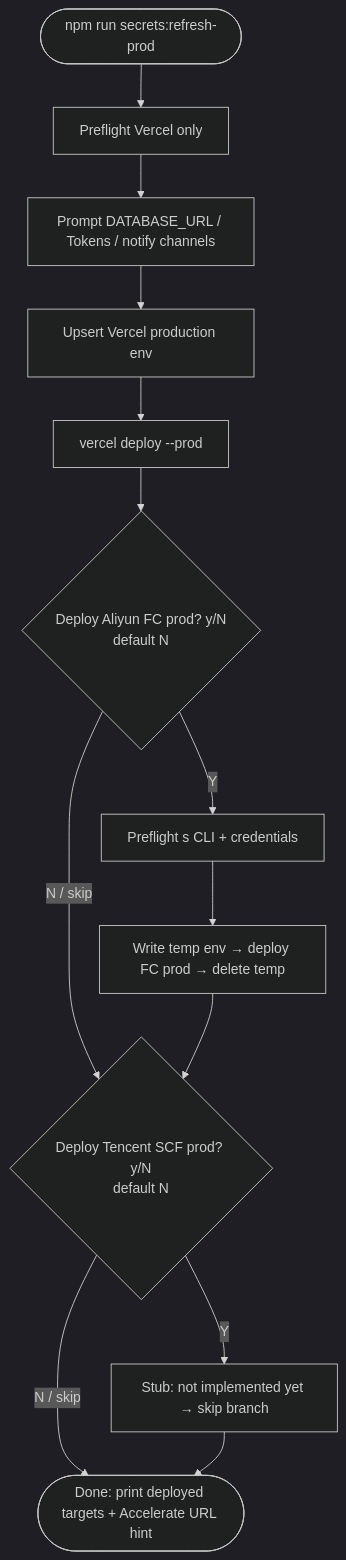
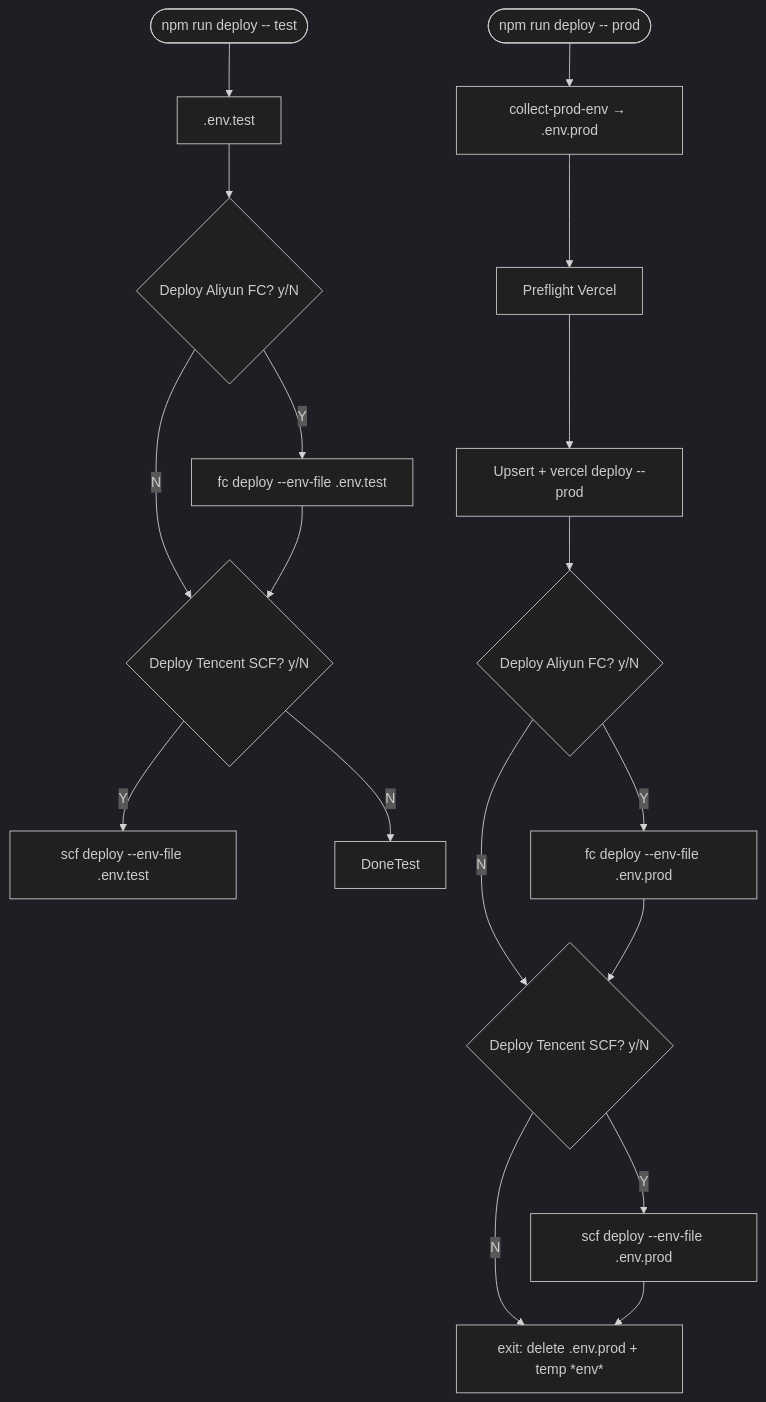
Before and after one commit to madokast/DigitalTwin2026: the second of 2 diagrams in docs/20260802-faas-multi-cloud.md, drawn with Mermaid (dark theme). The commit also changed other lines of this file and 6 other files, not shown here.

First line of the commit message:
Document .env.test, temporary .env.prod, and deploy/collect roles.

````diff
--- a/docs/20260802-faas-multi-cloud.md
+++ b/docs/20260802-faas-multi-cloud.md
@@ -153,15 +149,21 @@
 ```mermaid
 flowchart TD
-  Start([npm run secrets:refresh-prod]) --> VPre[Preflight Vercel only]
-  VPre --> Secrets[Prompt DATABASE_URL / Tokens / notify channels]
-  Secrets --> VUp[Upsert Vercel production env]
-  VUp --> VDep[vercel deploy --prod]
-  VDep --> AskFC{Deploy Aliyun FC prod? y/N<br/>default N}
-  AskFC -->|N / skip| AskSCF
-  AskFC -->|Y| FcPre[Preflight s CLI + credentials]
-  FcPre --> FcDep[Write temp env → deploy FC prod → delete temp]
-  FcDep --> AskSCF{Deploy Tencent SCF prod? y/N<br/>default N}
-  AskSCF -->|N / skip| Done
-  AskSCF -->|Y| ScfStub[Stub: not implemented yet → skip branch]
-  ScfStub --> Done([Done: print deployed targets + Accelerate URL hint])
+  StartTest([npm run deploy -- test]) --> EnvTest[.env.test]
+  EnvTest --> AskFC1{Deploy Aliyun FC? y/N}
+  AskFC1 -->|Y| Fc1[fc deploy --env-file .env.test]
+  AskFC1 -->|N| AskSCF1
+  Fc1 --> AskSCF1{Deploy Tencent SCF? y/N}
+  AskSCF1 -->|Y| Scf1[scf deploy --env-file .env.test]
+  AskSCF1 -->|N| DoneTest
+
+  StartProd([npm run deploy -- prod]) --> Collect[collect-prod-env → .env.prod]
+  Collect --> VPre[Preflight Vercel]
+  VPre --> VUp[Upsert + vercel deploy --prod]
+  VUp --> AskFC2{Deploy Aliyun FC? y/N}
+  AskFC2 -->|Y| Fc2[fc deploy --env-file .env.prod]
+  AskFC2 -->|N| AskSCF2
+  Fc2 --> AskSCF2{Deploy Tencent SCF? y/N}
+  AskSCF2 -->|Y| Scf2[scf deploy --env-file .env.prod]
+  AskSCF2 -->|N| Cleanup
+  Scf2 --> Cleanup[exit: delete .env.prod + temp *env*]
 ```
````
